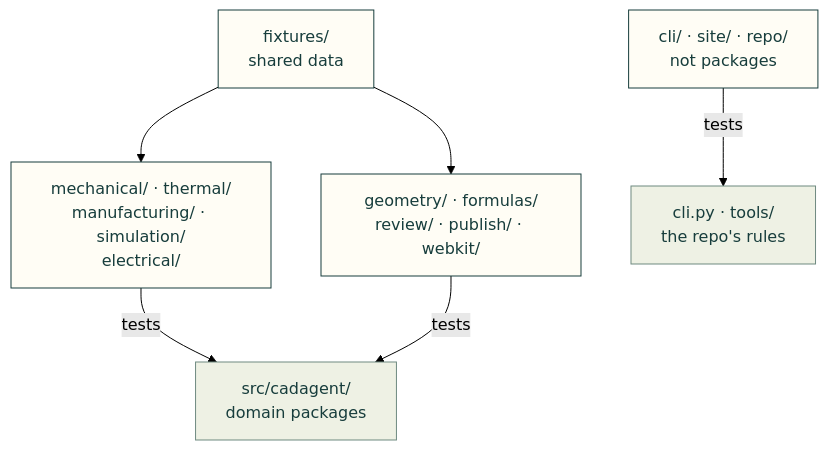
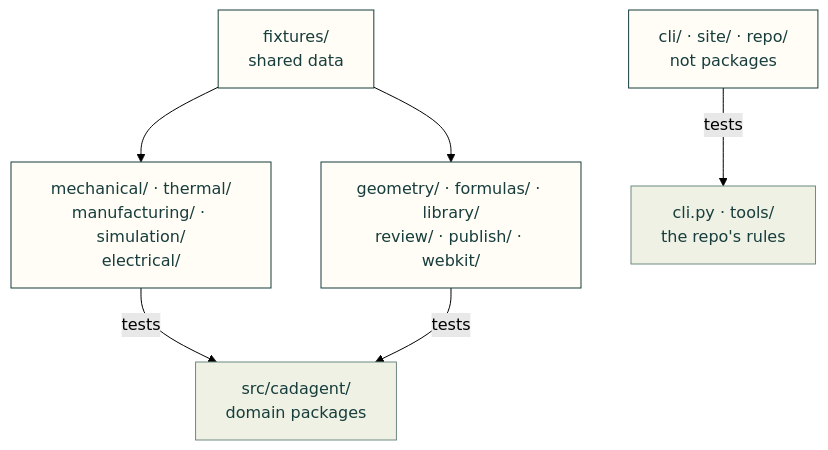
Before and after one commit to Valpatel/cad-agent: the diagram in tests/README.md, drawn with Mermaid (forest theme). The commit also changed other lines of this file and 21 other files, not shown here.

````diff
--- a/tests/README.md
+++ b/tests/README.md
@@ -10,13 +10,13 @@
 ```mermaid
 flowchart TD
     D["mechanical/ · thermal/<br/>manufacturing/ · simulation/<br/>electrical/"] -->|"tests"| S["src/cadagent/<br/>domain packages"]
-    C["geometry/ · formulas/<br/>review/ · publish/ · webkit/"] -->|"tests"| S
+    C["geometry/ · formulas/ · library/<br/>review/ · publish/ · webkit/"] -->|"tests"| S
     A["cli/ · site/ · repo/<br/>not packages"] -->|"tests"| T["cli.py · tools/<br/>the repo's rules"]
     F["fixtures/<br/>shared data"] --> D
     F --> C
     classDef here fill:#fffdf5,stroke:#173d3c,color:#173d3c
     classDef near fill:#eef1e4,stroke:#6f8a80,color:#173d3c
     classDef out fill:#ffe1cc,stroke:#bd3a12,color:#173d3c
     class D,C,A,F here
     class S,T near
 ```
````
